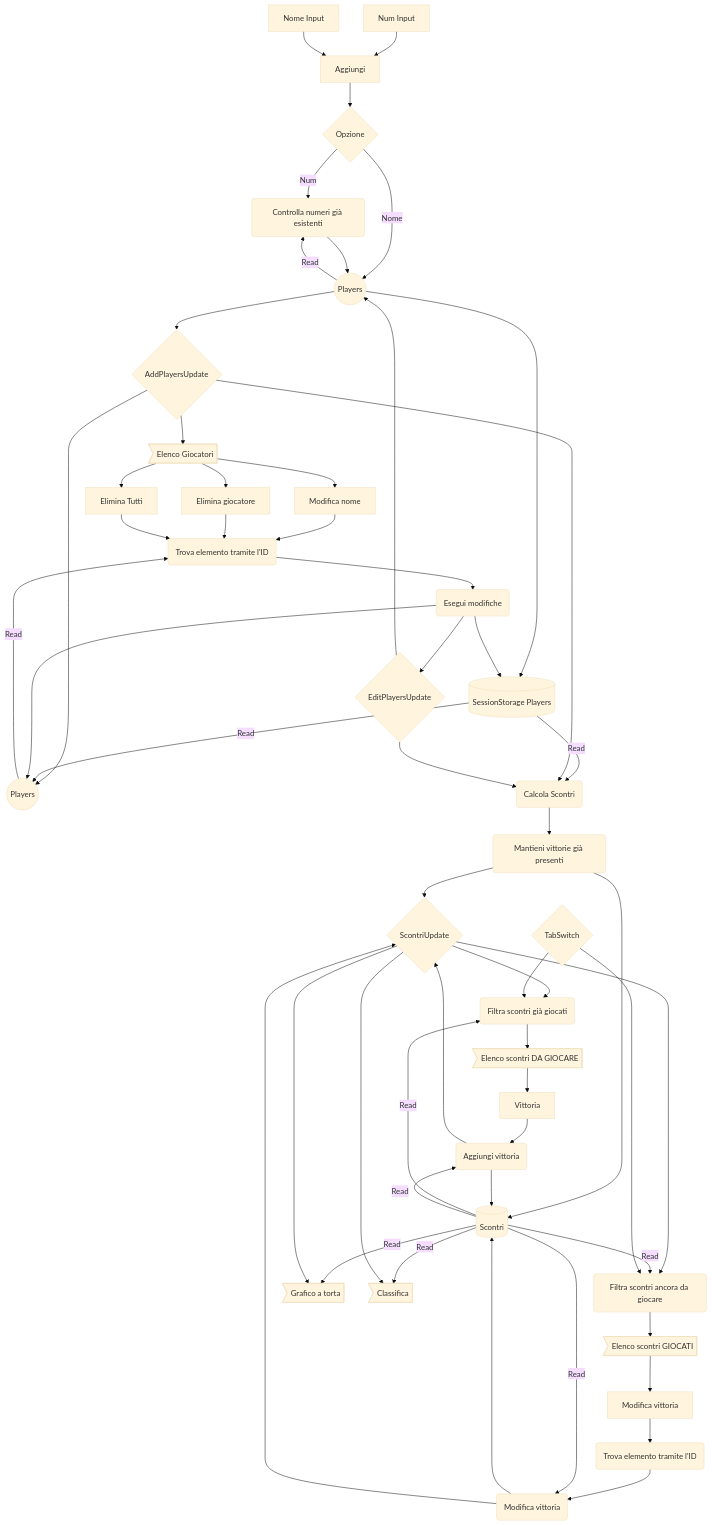
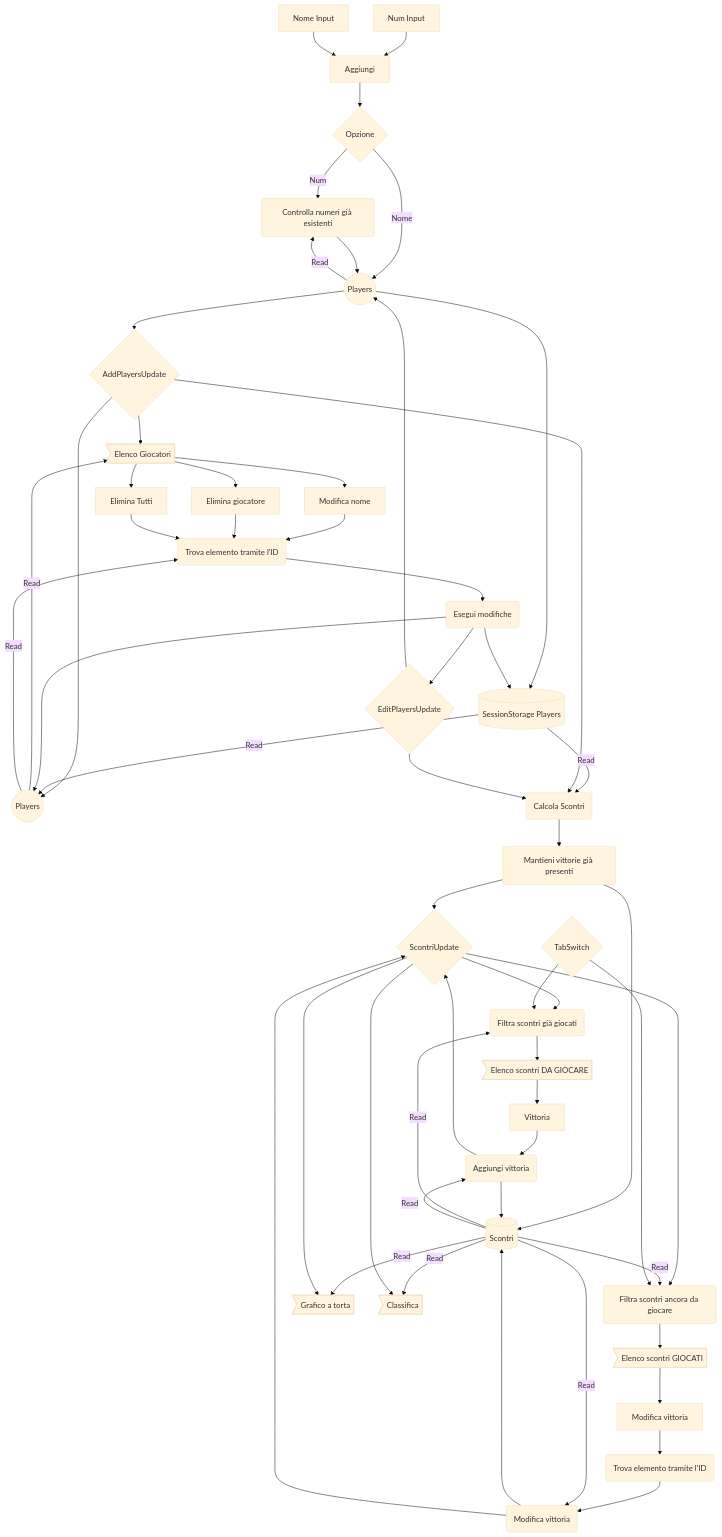
The diagram in README.md (Itasimo/campionati-iis-falcone-righi), drawn with Mermaid (base theme) before and after one commit.

Commit message:
Update README.md
fix

````diff
--- a/README.md
+++ b/README.md
@@ -5,56 +5,57 @@
 ```mermaid
 graph TD
 a1[Num Input] --> a2[Aggiungi]
 a3[Nome Input] --> a2
 a2 --> a4{Opzione}
 a4 -- Num --> a5(Controlla numeri già esistenti)
 a4 -- Nome --> a6((Players))
 a5 --> a6
 a6 --Read--> a5
 a6 --> A{AddPlayersUpdate}
 a6 --> B[(SessionStorage Players)]
 A --> b1>Elenco Giocatori]
 b1 --> b3[Modifica nome]
 b1 --> b4[Elimina giocatore]
 b1 --> b5[Elimina Tutti]
 A --> c1((Players))
 B --Read--> c1
+c1 --Read--> b1
 c1 --Read--> c2(Trova elemento tramite l'ID)
 c2 --> c3(Esegui modifiche)
 c3 --> C{EditPlayersUpdate}
 b3 --> c2
 b4 --> c2
 b5 --> c2
 c3 --> c1
 C --> a6
 c3 --> B
 B --Read--> d1(Calcola Scontri)
 A --> d1
 C --> d1
 d1 --> d2(Mantieni vittorie già presenti)
 d2 --> D{ScontriUpdate}
 d2 --> E[(Scontri)]
 D --> e1(Filtra scontri già giocati)
 E --Read--> e1
 e1 --> e2>Elenco scontri DA GIOCARE]
 e2 --> e3[Vittoria]
 e3 --> e4(Aggiungi vittoria)
 e4 --> E
 E --Read--> e4
 e4 --> D
 D --> f1(Filtra scontri ancora da giocare)
 E --Read--> f1
 f1 --> f2>Elenco scontri GIOCATI]
 f2 --> f3[Modifica vittoria]
 f3 --> f4(Trova elemento tramite l'ID)
 f4 --> f5(Modifica vittoria)
 f5 --> E
 E --Read--> f5
 f5 --> D
 F{TabSwitch} --> e1
 F --> f1
 E --Read--> g1>Grafico a torta]
 D --> g1
 E --Read--> g2>Classifica]
 D --> g2
 ```
````
